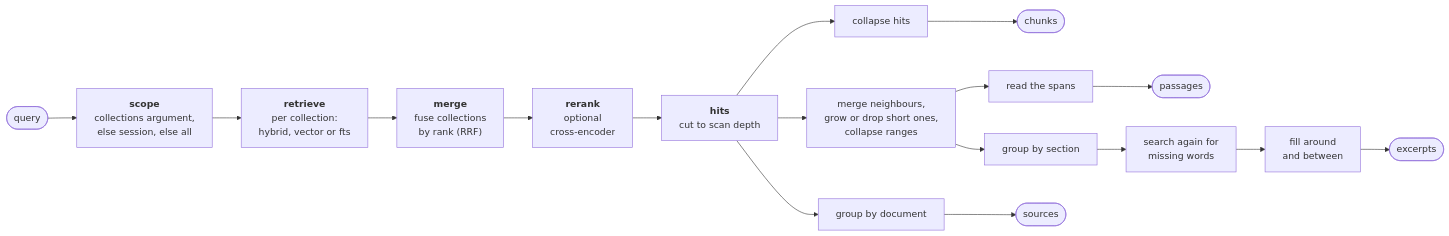
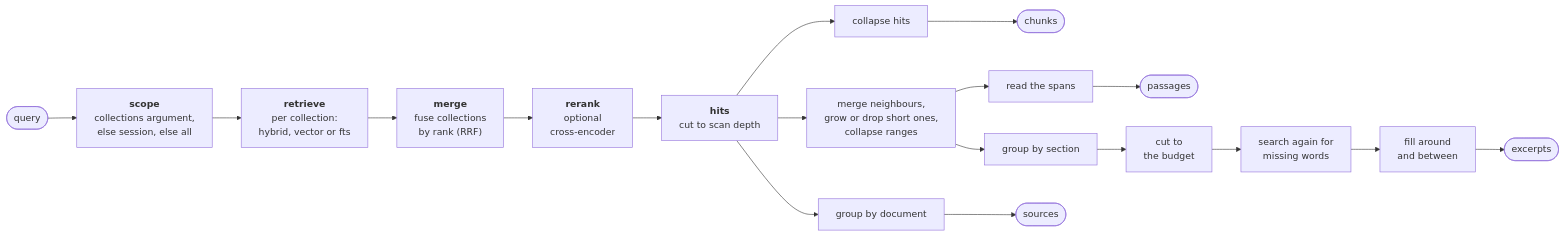
The first of 3 diagrams in docs/search.md (haskian/haskie), drawn with Mermaid before and after one commit. The commit also changed other lines of this file and 28 other files, not shown here.

First line of the commit message:
refactor(search)!: one growth rule, one answer path; excerpts leave explore

````diff
--- a/docs/search.md
+++ b/docs/search.md
@@ -8,12 +8,12 @@
 ```mermaid
 flowchart LR
     q(["query"]) --> scope["<b>scope</b><br/>collections argument,<br/>else session, else all"]
     scope --> retrieve["<b>retrieve</b><br/>per collection:<br/>hybrid, vector or fts"]
     retrieve --> merge["<b>merge</b><br/>fuse collections<br/>by rank (RRF)"]
     merge --> rerank["<b>rerank</b><br/>optional<br/>cross-encoder"]
     rerank --> hits["<b>hits</b><br/>cut to scan depth"]
     hits --> fchunks["collapse hits"] --> chunks(["chunks"])
     hits --> franges["merge neighbours,<br/>grow or drop short ones,<br/>collapse ranges"] --> read["read the spans"] --> passages(["passages"])
-    franges --> group["group by section"] --> probe["search again for<br/>missing words"] --> fill["fill around<br/>and between"] --> excerpts(["excerpts"])
+    franges --> group["group by section"] --> budget["cut to<br/>the budget"] --> probe["search again for<br/>missing words"] --> fill["fill around<br/>and between"] --> excerpts(["excerpts"])
     hits --> shortlist["group by document"] --> sources(["sources"])
 ```
````
